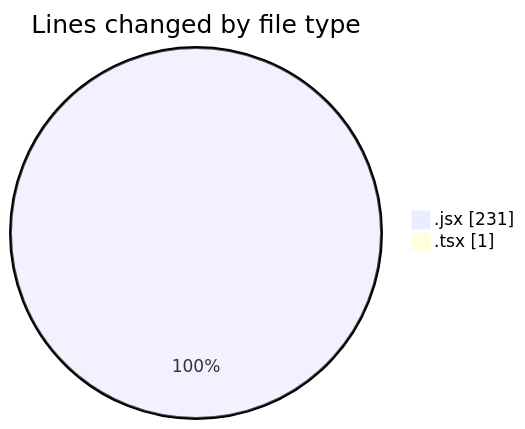
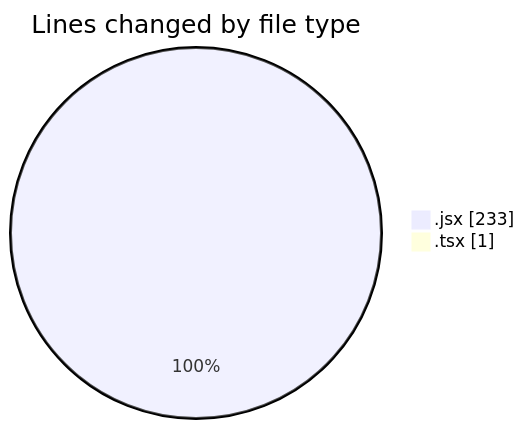
One commit to Elitesun/code-tracking changed the first of 2 diagrams in 2025-02-10/react_ecom/README.md. Above: the diagram before and after it, drawn with Mermaid. The commit also changed other lines of this file and 1 other file, not shown here.

````diff
--- a/2025-02-10/react_ecom/README.md
+++ b/2025-02-10/react_ecom/README.md
@@ -25,6 +25,6 @@
 ```mermaid
 pie showData
 title Lines changed by file type
-".jsx" : 231
+".jsx" : 233
 ".tsx" : 1
 ```
````
